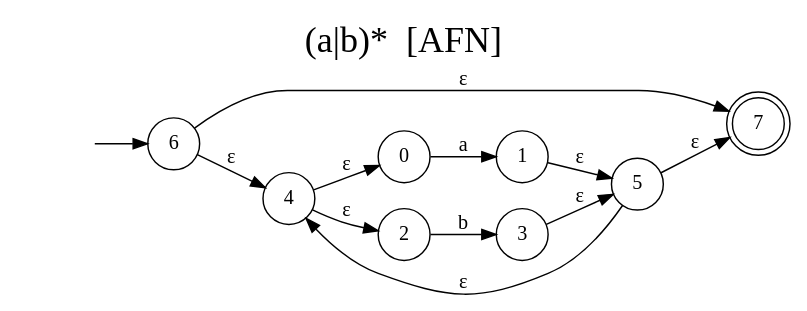
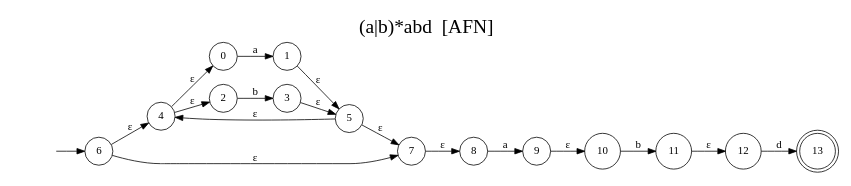
The diagram in docs/automataAFN.dot (CrisLayB/ProgrammingLanguageDesign), drawn with Graphviz before and after one commit. The commit also changed 7 other files, not shown here.

```diff
--- a/docs/automataAFN.dot
+++ b/docs/automataAFN.dot
@@ -1,24 +1,30 @@
 digraph "Resultado Automata AFN" {
-label = "(a|b)*  [AFN]"
+label = "(a|b)*abd  [AFN]"
 labelloc  =  t
 fontsize  = 25
 rankdir=LR size="8,5"
 node [shape=doublecircle]
-7
+13
 node [shape=circle]
 6
 node [shape=none]
 ""
 ""-> 6 [label=""]
 node [shape=circle]
 0 -> 1[label="a"]
 2 -> 3[label="b"]
 4 -> 0[label="ε"]
 4 -> 2[label="ε"]
 1 -> 5[label="ε"]
 3 -> 5[label="ε"]
 5 -> 4[label="ε"]
 6 -> 7[label="ε"]
 6 -> 4[label="ε"]
 5 -> 7[label="ε"]
+8 -> 9[label="a"]
+7 -> 8[label="ε"]
+10 -> 11[label="b"]
+9 -> 10[label="ε"]
+12 -> 13[label="d"]
+11 -> 12[label="ε"]
 }
```
